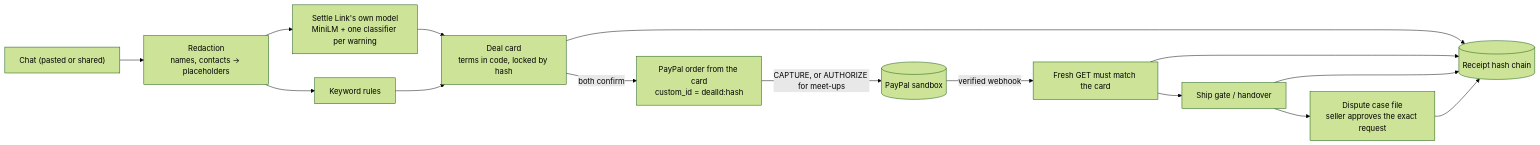
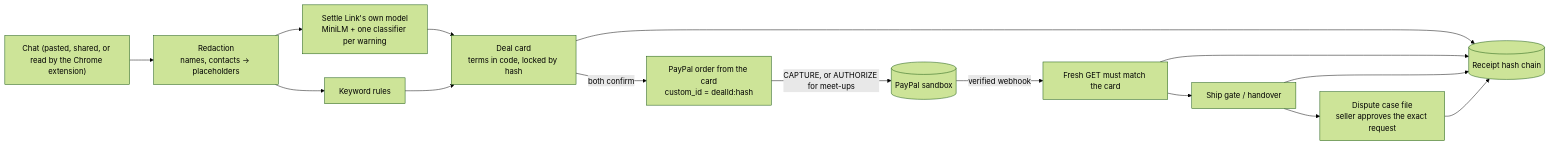
The diagram in README.md (mohdfaizankhan01/settle), drawn with Mermaid (forest theme) before and after one commit. The commit also changed other lines of this file, not shown here.

Commit message:
docs(readme): the Chrome extension, judge steps, limits and 254 tests

````diff
--- a/README.md
+++ b/README.md
@@ -54,17 +58,17 @@
 ```mermaid
 flowchart LR
-  chat["Chat (pasted or shared)"] --> redact["Redaction<br/>names, contacts → placeholders"]
+  chat["Chat (pasted, shared, or read by the Chrome extension)"] --> redact["Redaction<br/>names, contacts → placeholders"]
   redact --> model["Settle Link's own model<br/>MiniLM + one classifier per warning"]
   redact --> rules["Keyword rules"]
   model --> card["Deal card<br/>terms in code, locked by hash"]
   rules --> card
   card -->|both confirm| order["PayPal order from the card<br/>custom_id = dealId:hash"]
   order -->|CAPTURE, or AUTHORIZE for meet-ups| paypal[(PayPal sandbox)]
   paypal -->|verified webhook| confirm["Fresh GET must match the card"]
   confirm --> gate["Ship gate / handover"]
   gate --> dispute["Dispute case file<br/>seller approves the exact request"]
   card --> receipts[("Receipt hash chain")]
   confirm --> receipts
   gate --> receipts
   dispute --> receipts
 ```
````
